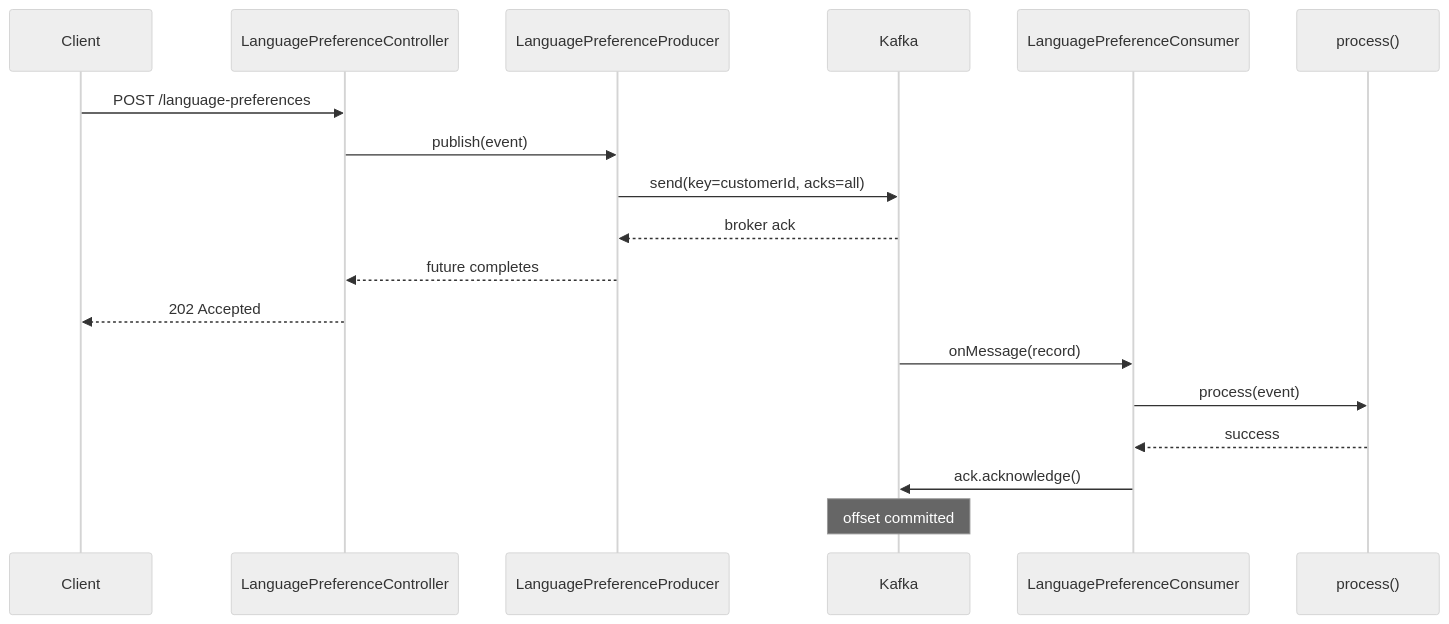
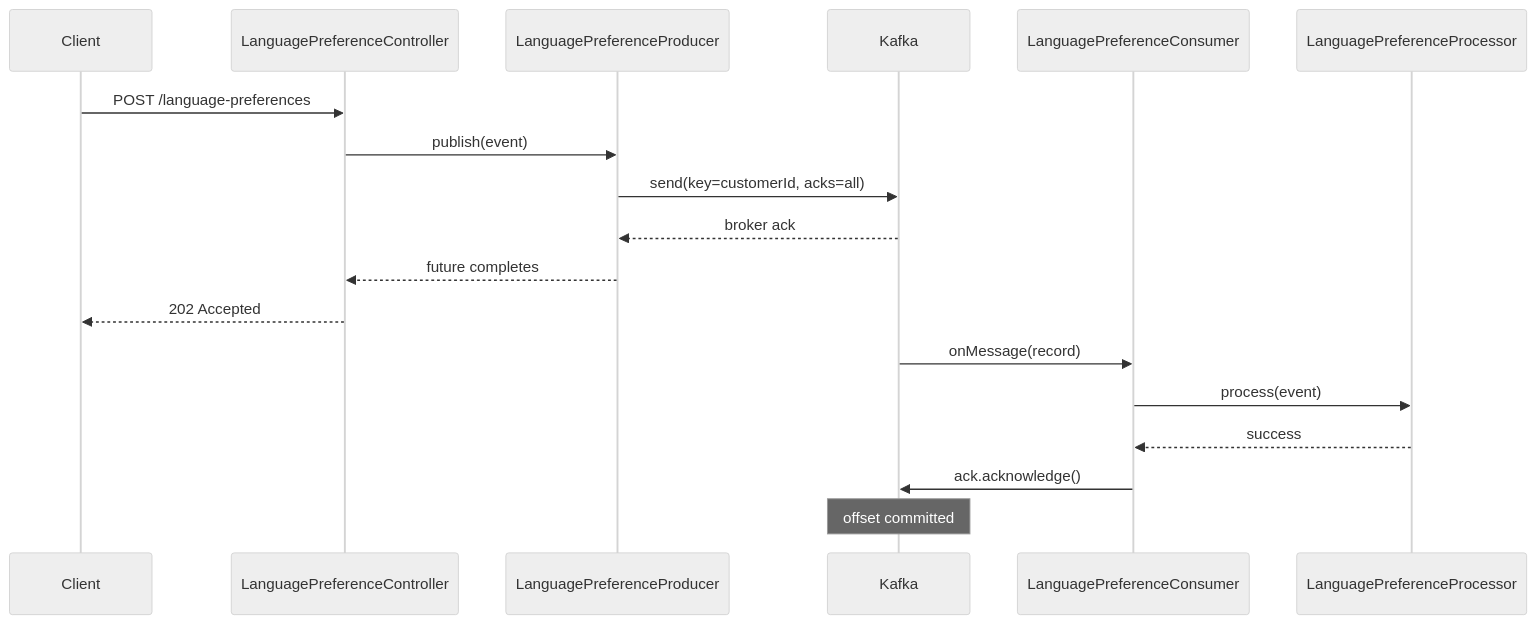
Before and after one commit to bhanafee/KafkaGuaranteesLab: the second of 4 diagrams in README.md, drawn with Mermaid (neutral theme). The commit also changed other lines of this file and 9 other files, not shown here.

````diff
--- a/README.md
+++ b/README.md
@@ -230,21 +236,21 @@
 ```mermaid
 sequenceDiagram
     participant Client
     participant Ctrl as LanguagePreferenceController
     participant Prod as LanguagePreferenceProducer
     participant K as Kafka
     participant Cons as LanguagePreferenceConsumer
-    participant Proc as process()
+    participant Proc as LanguagePreferenceProcessor
 
     Client->>Ctrl: POST /language-preferences
     Ctrl->>Prod: publish(event)
     Prod->>K: send(key=customerId, acks=all)
     K-->>Prod: broker ack
     Prod-->>Ctrl: future completes
     Ctrl-->>Client: 202 Accepted
     K->>Cons: onMessage(record)
     Cons->>Proc: process(event)
     Proc-->>Cons: success
     Cons->>K: ack.acknowledge()
     Note over K: offset committed
 ```
````
